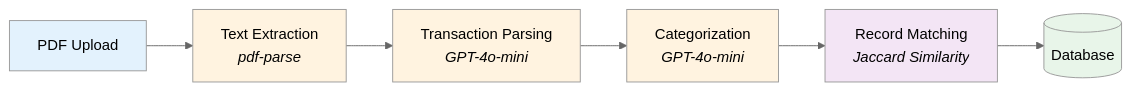
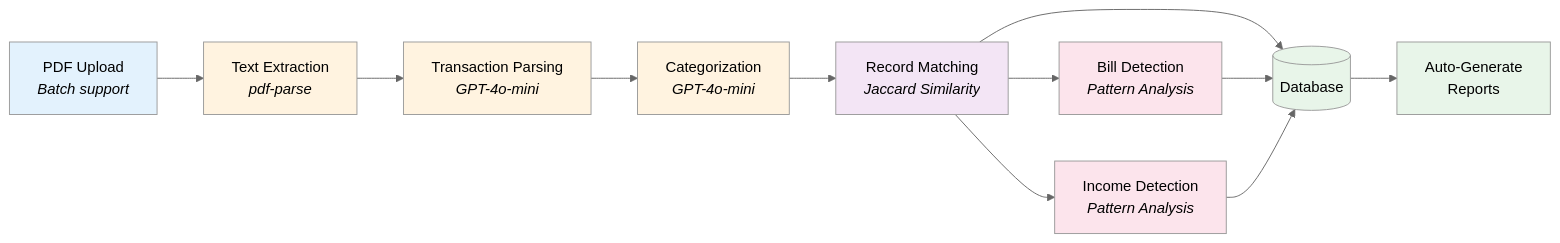
The third of 11 diagrams in README.md (mjmitchell86/Spendoza), drawn with Mermaid (neutral theme) before and after one commit. The commit also changed other lines of this file and 148 other files, not shown here.

````diff
--- a/README.md
+++ b/README.md
@@ -109,15 +109,23 @@
 ```mermaid
 flowchart LR
-    PDF[PDF Upload] --> Extract[Text Extraction<br/><i>pdf-parse</i>]
+    PDF[PDF Upload<br/><i>Batch support</i>] --> Extract[Text Extraction<br/><i>pdf-parse</i>]
     Extract --> Parse[Transaction Parsing<br/><i>GPT-4o-mini</i>]
     Parse --> Classify[Categorization<br/><i>GPT-4o-mini</i>]
     Classify --> Match[Record Matching<br/><i>Jaccard Similarity</i>]
     Match --> DB[(Database)]
+    Match --> Bills[Bill Detection<br/><i>Pattern Analysis</i>]
+    Match --> Income[Income Detection<br/><i>Pattern Analysis</i>]
+    Bills --> DB
+    Income --> DB
+    DB --> Reports[Auto-Generate<br/>Reports]
 
     style PDF fill:#e3f2fd
     style Extract fill:#fff3e0
     style Parse fill:#fff3e0
     style Classify fill:#fff3e0
     style Match fill:#f3e5f5
+    style Bills fill:#fce4ec
+    style Income fill:#fce4ec
     style DB fill:#e8f5e9
+    style Reports fill:#e8f5e9
 ```
````
